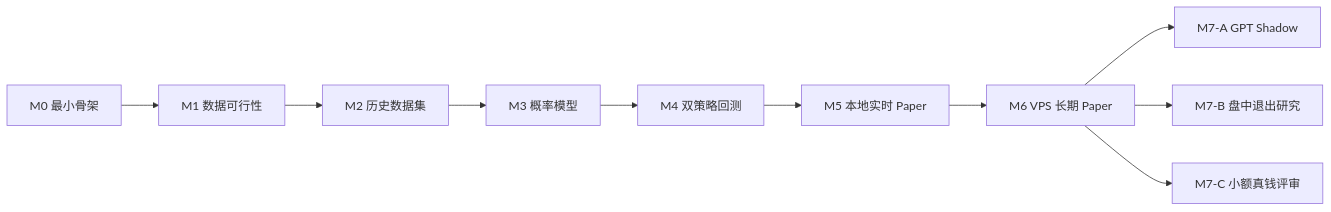
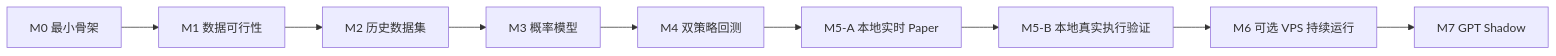
One commit to misakimei123/prob-scout changed the diagram in docs/TASK_BREAKDOWN.md. Above: the diagram before and after it, drawn with Mermaid. The commit also changed other lines of this file and 2 other files, not shown here.

````diff
--- a/docs/TASK_BREAKDOWN.md
+++ b/docs/TASK_BREAKDOWN.md
@@ -45,12 +45,11 @@
 ```mermaid
 flowchart LR
     M0["M0 最小骨架"] --> M1["M1 数据可行性"]
     M1 --> M2["M2 历史数据集"]
     M2 --> M3["M3 概率模型"]
     M3 --> M4["M4 双策略回测"]
-    M4 --> M5["M5 本地实时 Paper"]
-    M5 --> M6["M6 VPS 长期 Paper"]
-    M6 --> GPT["M7-A GPT Shadow"]
-    M6 --> LIVE["M7-B 盘中退出研究"]
-    M6 --> REAL["M7-C 小额真钱评审"]
+    M4 --> M5A["M5-A 本地实时 Paper"]
+    M5A --> M5B["M5-B 本地真实执行验证"]
+    M5B --> M6["M6 可选 VPS 持续运行"]
+    M6 --> GPT["M7 GPT Shadow"]
 ```
````
